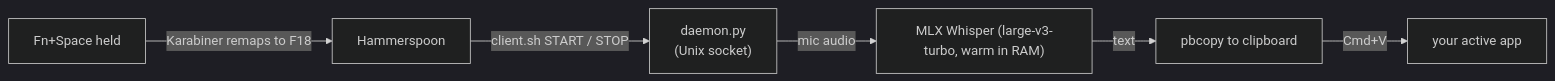
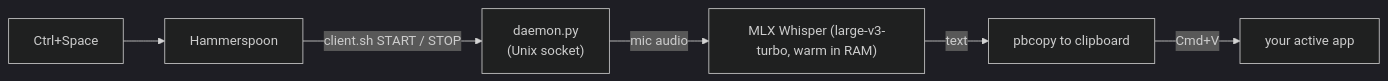
Before and after one commit to FranciscoPereira2007/OpenSource-Wispr-Flow: the diagram in README.md, drawn with Mermaid (dark theme). The commit also changed other lines of this file and 3 other files, not shown here.

````diff
--- a/README.md
+++ b/README.md
@@ -40,8 +40,8 @@
 ```mermaid
 flowchart LR
-  A["Fn+Space held"] -->|Karabiner remaps to F18| B[Hammerspoon]
+  A["Ctrl+Space"] --> B[Hammerspoon]
   B -->|client.sh START / STOP| C["daemon.py<br/>(Unix socket)"]
   C -->|mic audio| D["MLX Whisper (large-v3-turbo, warm in RAM)"]
   D -->|text| E["pbcopy to clipboard"]
   E -->|Cmd+V| F["your active app"]
 ```
````
